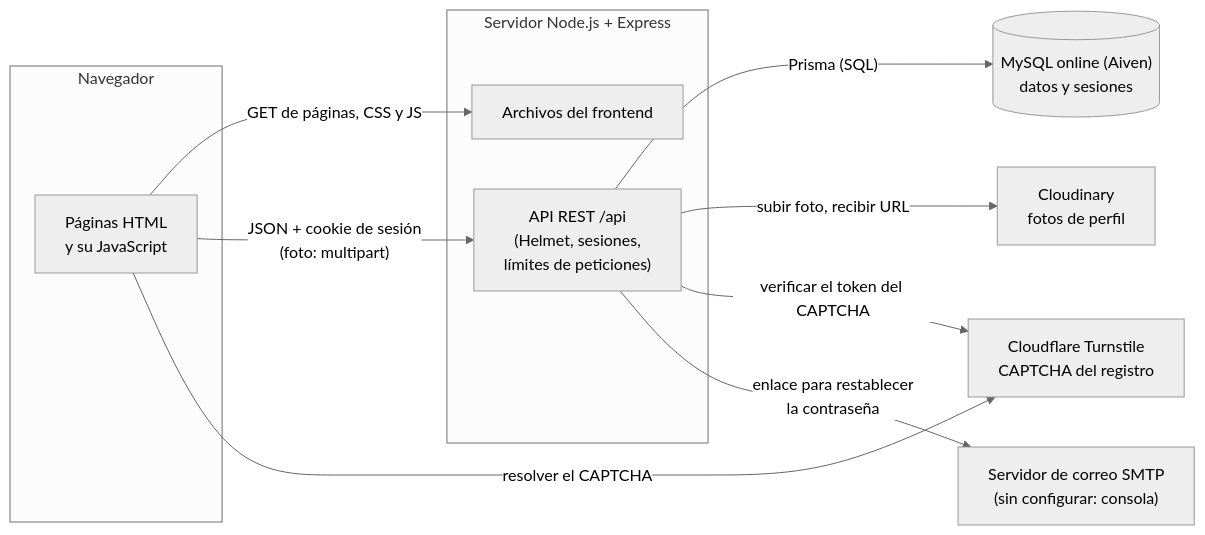
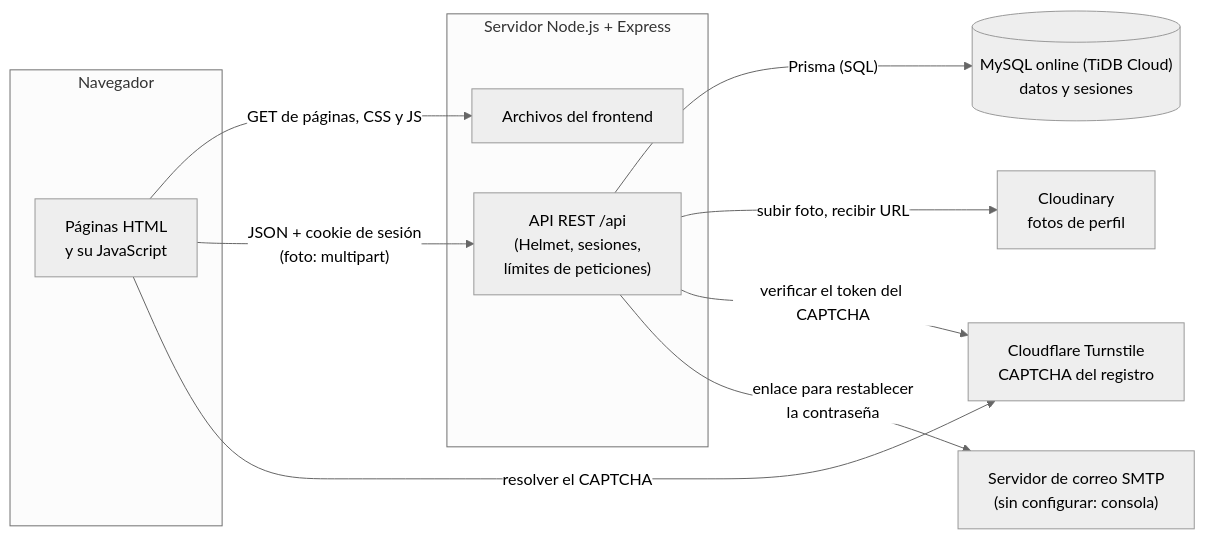
Before and after one commit to Matthew-PV/ISW-Practica: the first of 6 diagrams in documentacion/arquitectura.md, drawn with Mermaid (neutral theme). The commit also changed other lines of this file and 3 other files, not shown here.

First line of the commit message:
Base online compartida: de Aiven a TiDB Cloud Starter

````diff
--- a/documentacion/arquitectura.md
+++ b/documentacion/arquitectura.md
@@ -43,22 +43,22 @@
 ```mermaid
 flowchart LR
   subgraph Navegador
     paginas["Páginas HTML<br/>y su JavaScript"]
   end
   subgraph Servidor["Servidor Node.js + Express"]
     estaticos["Archivos del frontend"]
     apiRest["API REST /api<br/>(Helmet, sesiones,<br/>límites de peticiones)"]
   end
-  mysql[("MySQL online (Aiven)<br/>datos y sesiones")]
+  mysql[("MySQL online (TiDB Cloud)<br/>datos y sesiones")]
   cloudinary["Cloudinary<br/>fotos de perfil"]
   turnstile["Cloudflare Turnstile<br/>CAPTCHA del registro"]
   smtp["Servidor de correo SMTP<br/>(sin configurar: consola)"]
 
   paginas -- "GET de páginas, CSS y JS" --> estaticos
   paginas -- "JSON + cookie de sesión<br/>(foto: multipart)" --> apiRest
   paginas -- "resolver el CAPTCHA" --> turnstile
   apiRest -- "Prisma (SQL)" --> mysql
   apiRest -- "subir foto, recibir URL" --> cloudinary
   apiRest -- "verificar el token del CAPTCHA" --> turnstile
   apiRest -- "enlace para restablecer<br/>la contraseña" --> smtp
 ```
````
